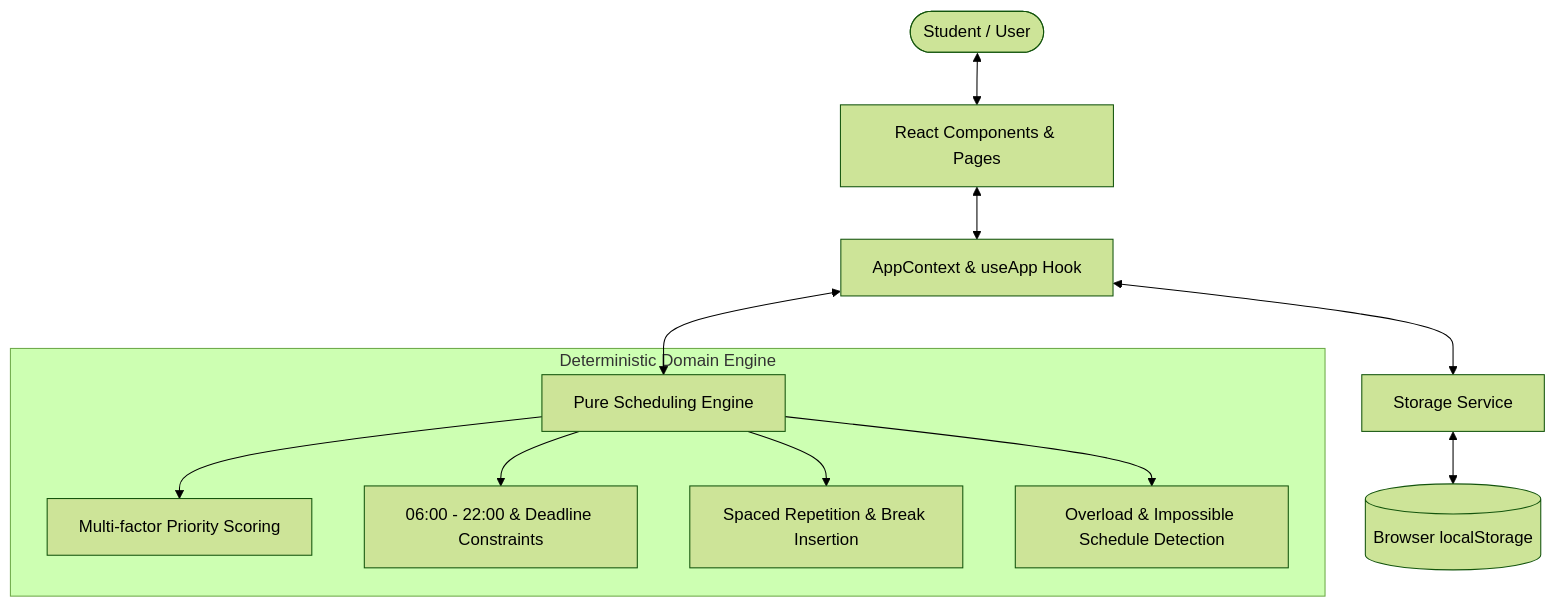
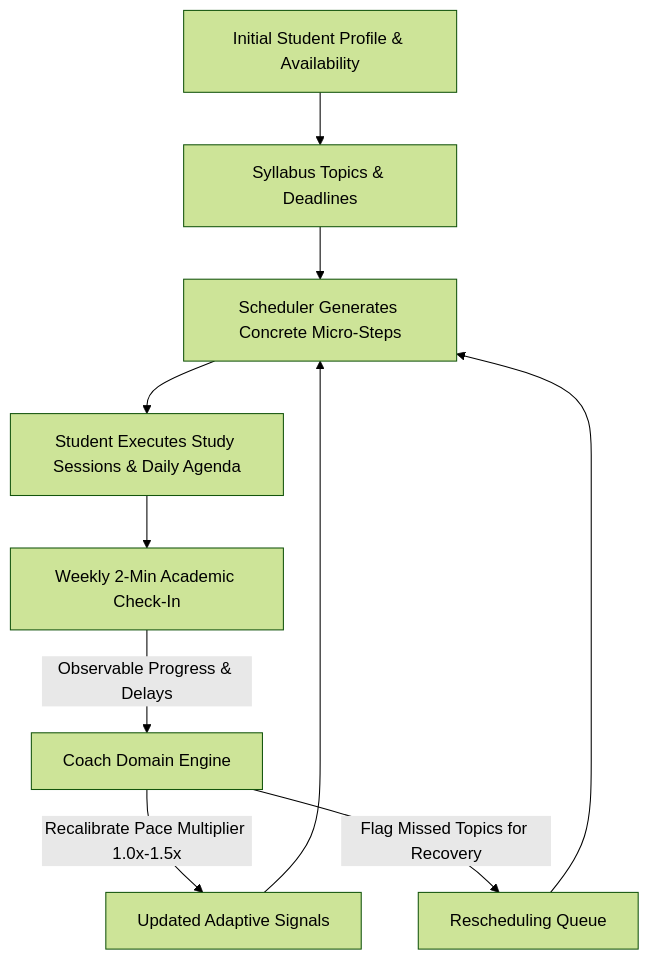
One commit to mxnsbiaya/my-academia-buddy changed the second of 2 diagrams in docs/ARCHITECTURE.md. Above: the diagram before and after it, drawn with Mermaid (forest theme). The commit also changed other lines of this file and 3 other files, not shown here.

Commit message:
docs: update architecture, roadmap, test report, and README for Academic Coach

````diff
--- a/docs/ARCHITECTURE.md
+++ b/docs/ARCHITECTURE.md
@@ -60,15 +129,12 @@
 ```mermaid
-graph TD
-    User([Student / User]) <--> UI[React Components & Pages]
-    UI <--> Context[AppContext & useApp Hook]
-    Context <--> Storage[Storage Service]
-    Context <--> Scheduler[Pure Scheduling Engine]
-    Storage <--> LocalStorage[(Browser localStorage)]
-
-    subgraph "Deterministic Domain Engine"
-        Scheduler --> Scoring[Multi-factor Priority Scoring]
-        Scheduler --> Constraints[06:00 - 22:00 & Deadline Constraints]
-        Scheduler --> Spaced[Spaced Repetition & Break Insertion]
-        Scheduler --> Diagnostics[Overload & Impossible Schedule Detection]
-    end
+flowchart TD
+    A[Initial Student Profile & Availability] --> B[Syllabus Topics & Deadlines]
+    B --> C[Scheduler Generates Concrete Micro-Steps]
+    C --> D[Student Executes Study Sessions & Daily Agenda]
+    D --> E[Weekly 2-Min Academic Check-In]
+    E -->|Observable Progress & Delays| F[Coach Domain Engine]
+    F -->|Recalibrate Pace Multiplier 1.0x-1.5x| G[Updated Adaptive Signals]
+    F -->|Flag Missed Topics for Recovery| H[Rescheduling Queue]
+    G --> C
+    H --> C
 ```
````
